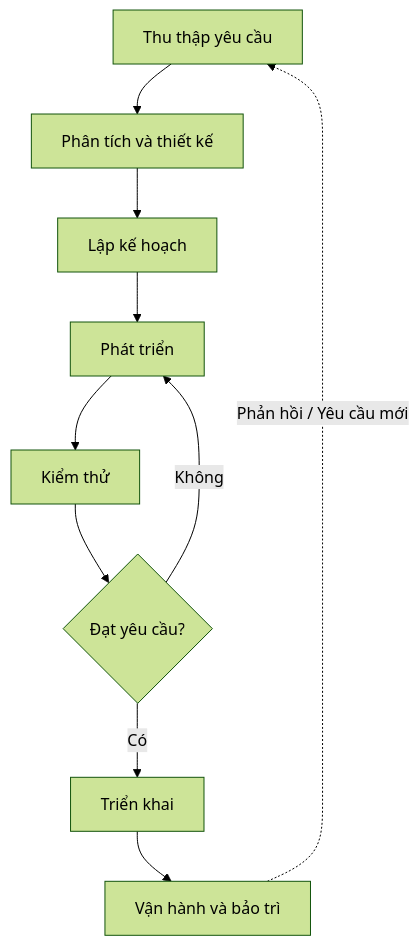
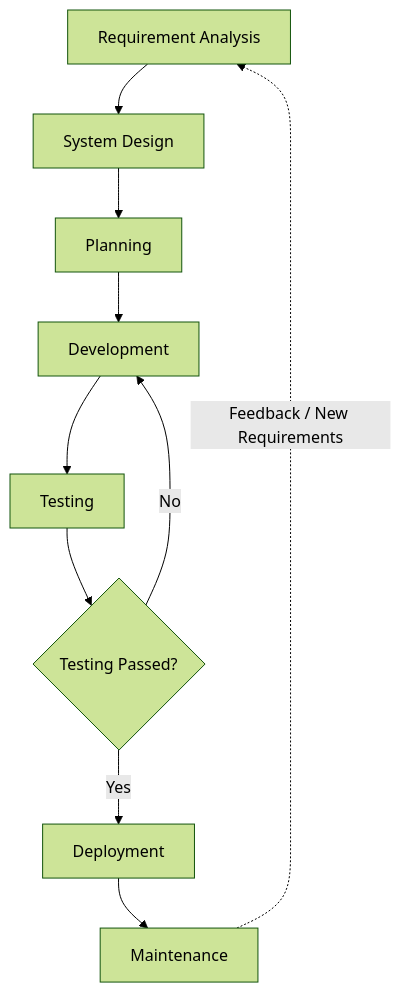
One commit to duongvanQuang-bit230347/ts-learning changed the second of 5 diagrams in docs/software-development-process.md. Above: the diagram before and after it, drawn with Mermaid (forest theme). The commit also changed other lines of this file, not shown here.

Commit message:
docs: add professional software development process and Mermaid diagrams

````diff
--- a/docs/software-development-process.md
+++ b/docs/software-development-process.md
@@ -174,12 +321,12 @@
 ```mermaid
 flowchart TD
-    A["Thu thập yêu cầu"] --> B["Phân tích và thiết kế"]
-    B --> C["Lập kế hoạch"]
-    C --> D["Phát triển"]
-    D --> E["Kiểm thử"]
-    E --> F{"Đạt yêu cầu?"}
-    F -->|Không| D
-    F -->|Có| G["Triển khai"]
-    G --> H["Vận hành và bảo trì"]
-    H -.->|"Phản hồi / Yêu cầu mới"| A
+    A["Requirement Analysis"] --> B["System Design"]
+    B --> C["Planning"]
+    C --> D["Development"]
+    D --> E["Testing"]
+    E --> F{"Testing Passed?"}
+    F -->|No| D
+    F -->|Yes| G["Deployment"]
+    G --> H["Maintenance"]
+    H -.->|"Feedback / New Requirements"| A
 ```
````
